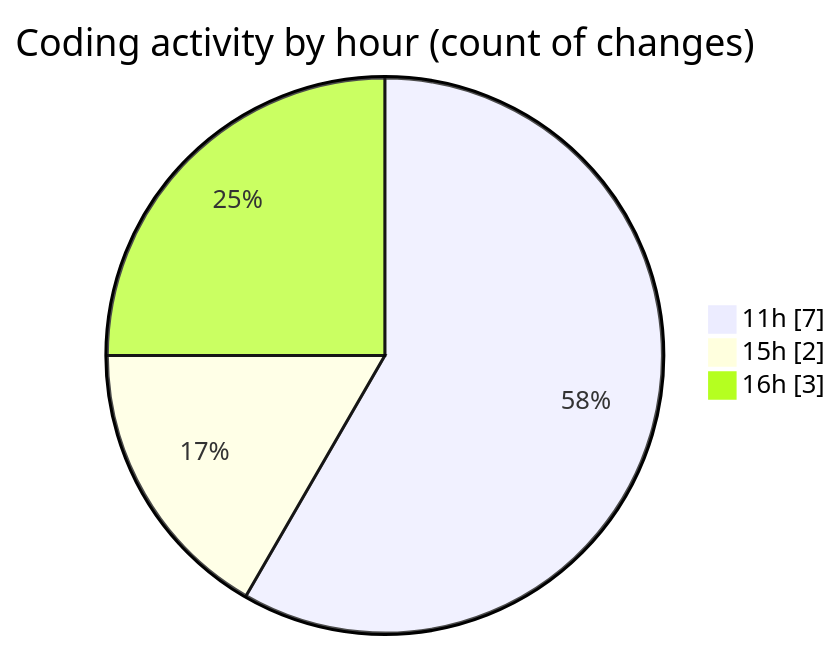
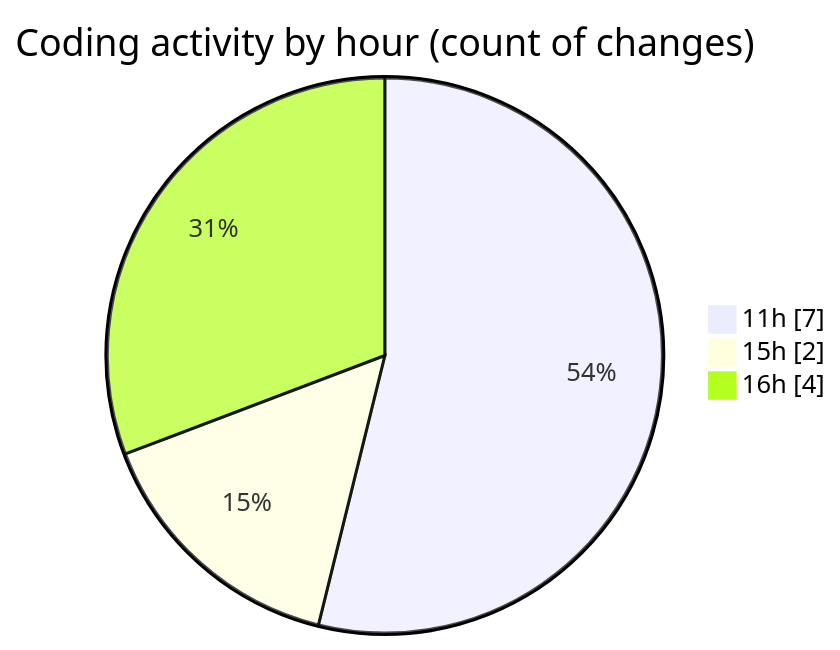
One commit to jcpc91/code-tracking changed the second of 2 diagrams in 2025-05-12/cancelacionsegurosvida/README.md. Above: the diagram before and after it, drawn with Mermaid. The commit also changed other lines of this file and 1 other file, not shown here.

````diff
--- a/2025-05-12/cancelacionsegurosvida/README.md
+++ b/2025-05-12/cancelacionsegurosvida/README.md
@@ -32,7 +32,7 @@
 ```mermaid
 pie showData
 title Coding activity by hour (count of changes)
 "11h" : 7
 "15h" : 2
-"16h" : 3
+"16h" : 4
 ```
````
